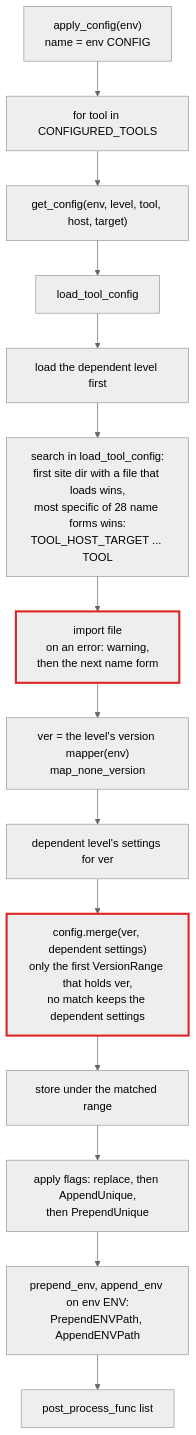
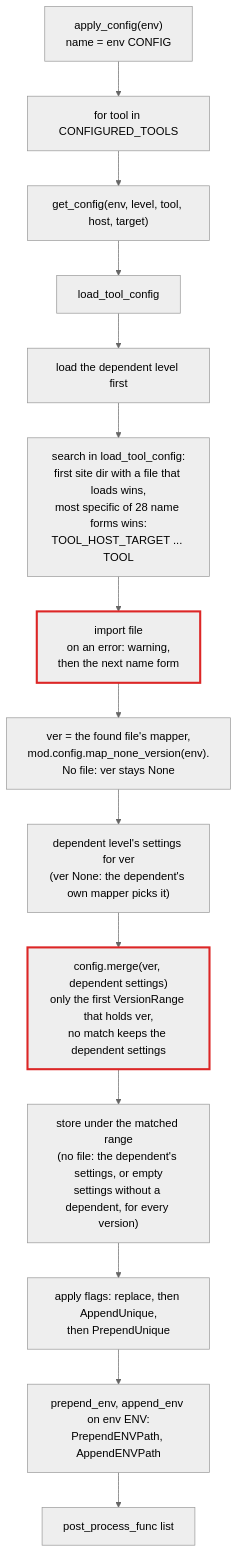
One commit to sconsparts/parts changed the third of 3 diagrams in doc/architecture/02-environments-toolchains-config.md. Above: the diagram before and after it, drawn with Mermaid (neutral theme). The commit also changed other lines of this file and 8 other files, not shown here.

First line of the commit message:
Correct the architecture maps after an order-and-attribution review

````diff
--- a/doc/architecture/02-environments-toolchains-config.md
+++ b/doc/architecture/02-environments-toolchains-config.md
@@ -79,17 +80,17 @@
 ```mermaid
 flowchart TD
     A["apply_config(env)<br/>name = env CONFIG"] --> B["for tool in CONFIGURED_TOOLS"]
     B --> C["get_config(env, level, tool, host, target)"]
     C --> D["load_tool_config"]
     D --> H["load the dependent level first"]
     H --> F["search in load_tool_config:<br/>first site dir with a file that loads wins,<br/>most specific of 28 name forms wins:<br/>TOOL_HOST_TARGET ... TOOL"]
     F --> G["import file<br/>on an error: warning,<br/>then the next name form"]:::hot
-    G --> E["ver = the level's version mapper(env)<br/>map_none_version"]
-    E --> BS["dependent level's settings for ver"]
+    G --> E["ver = the found file's mapper,<br/>mod.config.map_none_version(env).<br/>No file: ver stays None"]
+    E --> BS["dependent level's settings for ver<br/>(ver None: the dependent's own mapper picks it)"]
     BS --> I["config.merge(ver, dependent settings)<br/>only the first VersionRange that holds ver,<br/>no match keeps the dependent settings"]:::hot
-    I --> J["store under the matched range"]
+    I --> J["store under the matched range<br/>(no file: the dependent's settings, or empty<br/>settings without a dependent, for every version)"]
     J --> K["apply flags: replace, then AppendUnique,<br/>then PrependUnique"]
     K --> L["prepend_env, append_env on env ENV:<br/>PrependENVPath, AppendENVPath"]
     L --> M["post_process_func list"]
     classDef hot stroke:#dc2626,stroke-width:3px
 ```
````
